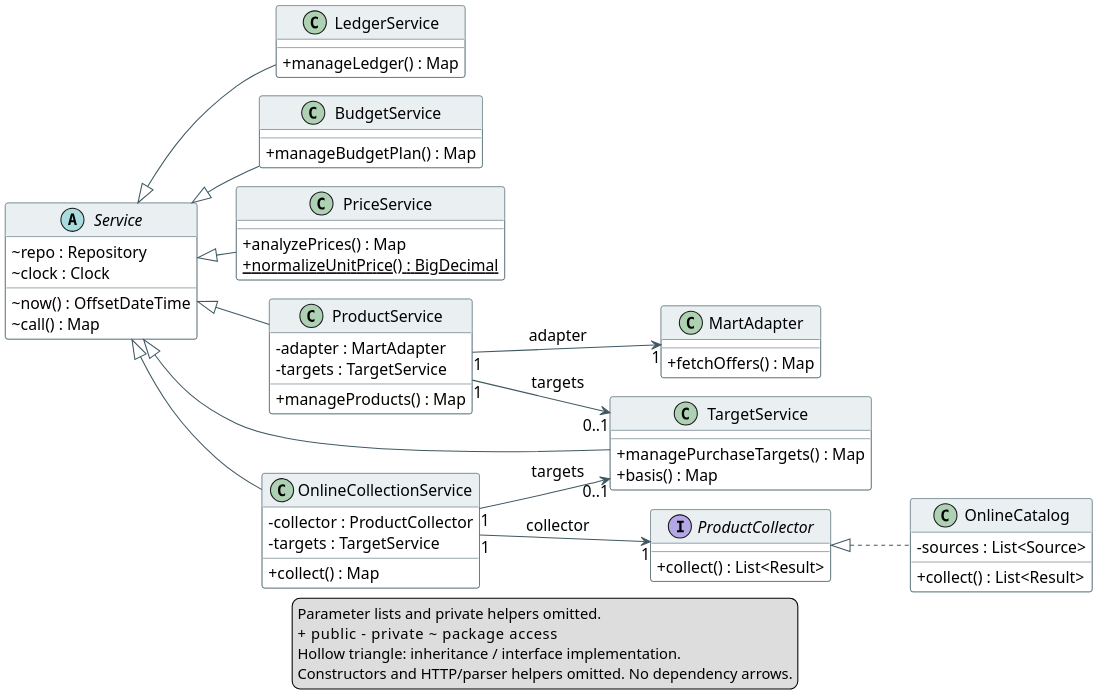
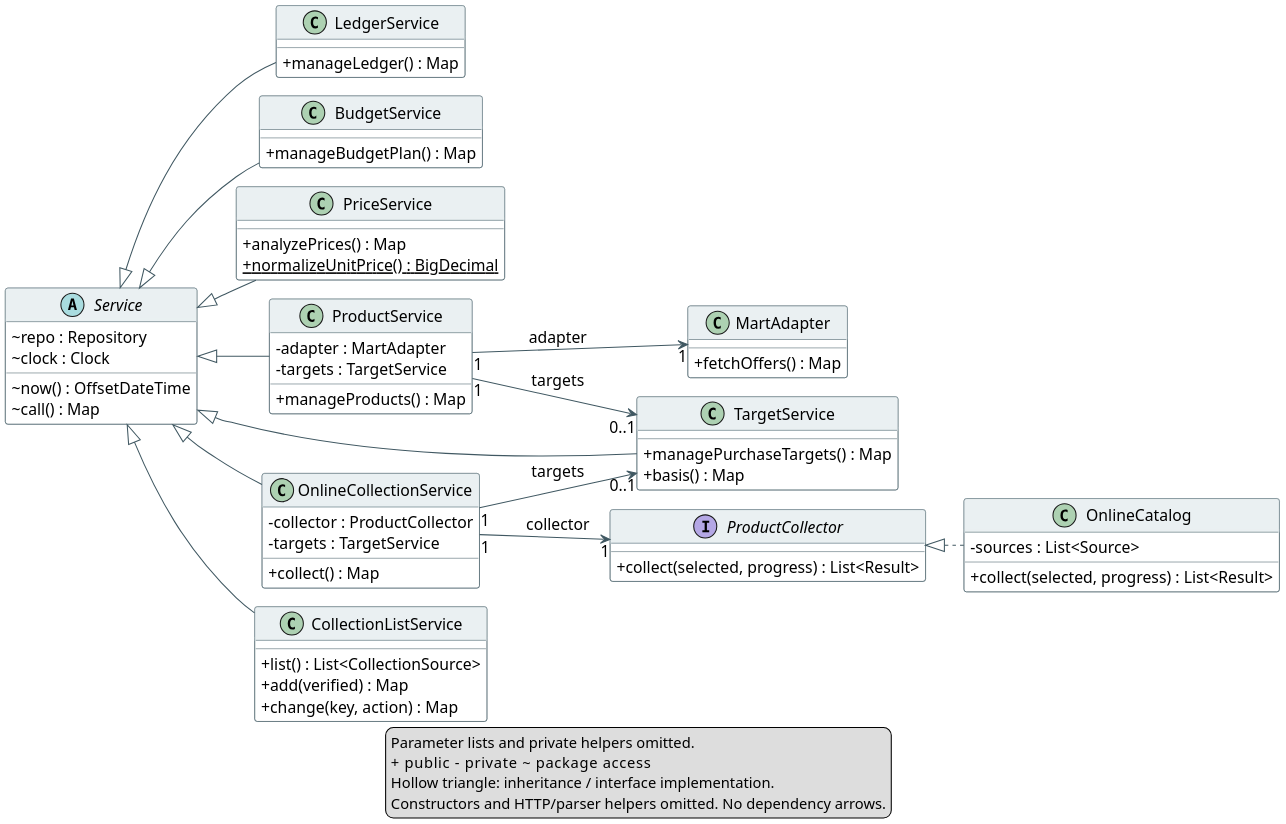
One commit to hyeonsu-test/smart-grocery-ledger changed the diagram in doc/class-services.puml. Above: the diagram before and after it, drawn with PlantUML. The commit also changed 66 other files, not shown here.

```diff
--- a/doc/class-services.puml
+++ b/doc/class-services.puml
@@ -1,72 +1,78 @@
 @startuml
 !pragma layout smetana
 skinparam dpi 180
 skinparam shadowing false
 skinparam classAttributeIconSize 0
 skinparam defaultFontName Arial
 skinparam defaultFontSize 15
 skinparam classBackgroundColor #FFFFFF
 skinparam classBorderColor #405862
 skinparam classHeaderBackgroundColor #EAF0F2
 skinparam ArrowColor #405862
 skinparam nodesep 35
 skinparam ranksep 45
 left to right direction
 abstract class Service {
   ~ repo : Repository
   ~ clock : Clock
   ~ now() : OffsetDateTime
   ~ call() : Map
 }
 class LedgerService {
   + manageLedger() : Map
 }
 class BudgetService {
   + manageBudgetPlan() : Map
 }
 class PriceService {
   + analyzePrices() : Map
   {static} + normalizeUnitPrice() : BigDecimal
 }
 class ProductService {
   - adapter : MartAdapter
   - targets : TargetService
   + manageProducts() : Map
 }
 class TargetService {
   + managePurchaseTargets() : Map
   + basis() : Map
 }
 class MartAdapter {
   + fetchOffers() : Map
 }
 class OnlineCollectionService {
   - collector : ProductCollector
   - targets : TargetService
   + collect() : Map
 }
 interface ProductCollector {
-  + collect() : List<Result>
+  + collect(selected, progress) : List<Result>
 }
 class OnlineCatalog {
   - sources : List<Source>
-  + collect() : List<Result>
+  + collect(selected, progress) : List<Result>
 }
+class CollectionListService {
+  + list() : List<CollectionSource>
+  + add(verified) : Map
+  + change(key, action) : Map
+}
+Service <|-- CollectionListService
 Service <|-- OnlineCollectionService
 OnlineCollectionService "1" --> "1" ProductCollector : collector
 OnlineCollectionService "1" --> "0..1" TargetService : targets
 ProductCollector <|.. OnlineCatalog
 Service <|-- LedgerService
 Service <|-- BudgetService
 Service <|-- PriceService
 Service <|-- ProductService
 Service <|-- TargetService
 ProductService "1" --> "1" MartAdapter : adapter
 ProductService "1" --> "0..1" TargetService : targets
 legend bottom
   Parameter lists and private helpers omitted.
   + public    - private    ~ package access
   Hollow triangle: inheritance / interface implementation.
   Constructors and HTTP/parser helpers omitted. No dependency arrows.
 endlegend
 @enduml
```
